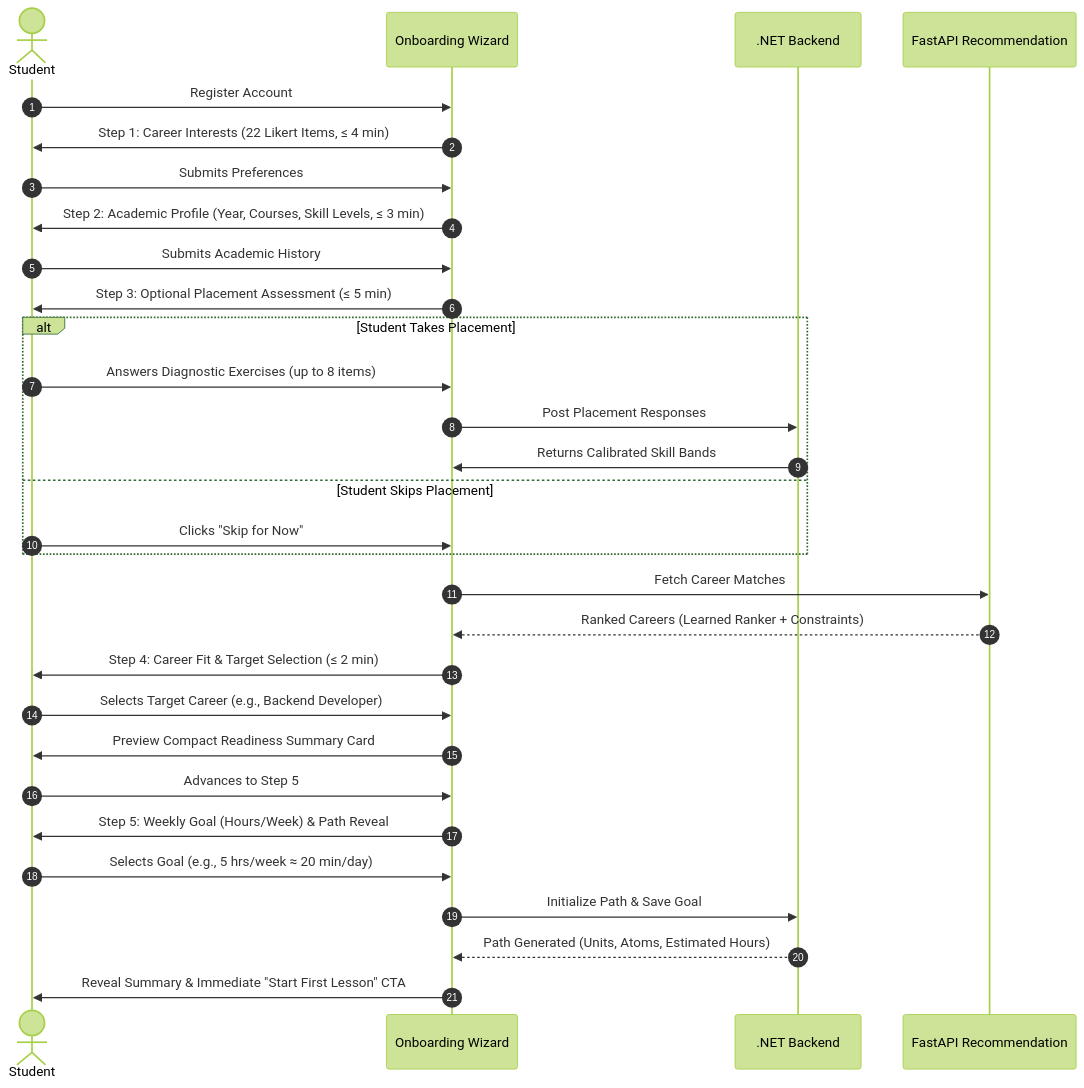
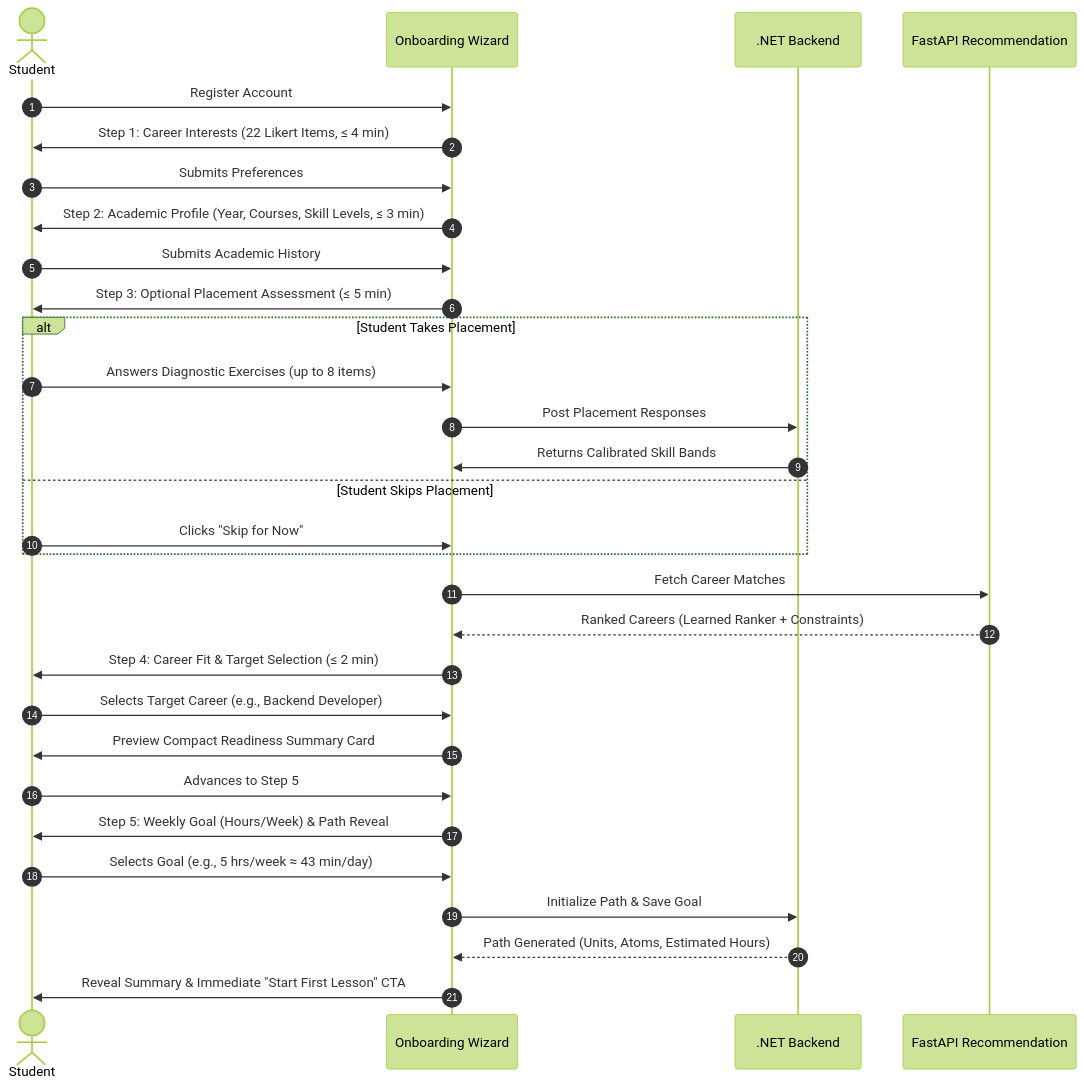
The second of 2 diagrams in docs/13-learning-experience.md (Masar-SCU/Masar), drawn with Mermaid (forest theme) before and after one commit. The commit also changed other lines of this file and 11 other files, not shown here.

````diff
--- a/docs/13-learning-experience.md
+++ b/docs/13-learning-experience.md
@@ -188,33 +188,33 @@
 ```mermaid
 sequenceDiagram
     autonumber
     actor S as Student
     participant UI as Onboarding Wizard
     participant API as .NET Backend
     participant AI as FastAPI Recommendation
     
     S->>UI: Register Account
     UI->>S: Step 1: Career Interests (22 Likert Items, ≤ 4 min)
     S->>UI: Submits Preferences
     UI->>S: Step 2: Academic Profile (Year, Courses, Skill Levels, ≤ 3 min)
     S->>UI: Submits Academic History
     UI->>S: Step 3: Optional Placement Assessment (≤ 5 min)
     alt Student Takes Placement
         S->>UI: Answers Diagnostic Exercises (up to 8 items)
         UI->>API: Post Placement Responses
         API->>UI: Returns Calibrated Skill Bands
     else Student Skips Placement
         S->>UI: Clicks "Skip for Now"
     end
     UI->>AI: Fetch Career Matches
     AI-->>UI: Ranked Careers (Learned Ranker + Constraints)
     UI->>S: Step 4: Career Fit & Target Selection (≤ 2 min)
     S->>UI: Selects Target Career (e.g., Backend Developer)
     UI->>S: Preview Compact Readiness Summary Card
     S->>UI: Advances to Step 5
     UI->>S: Step 5: Weekly Goal (Hours/Week) & Path Reveal
-    S->>UI: Selects Goal (e.g., 5 hrs/week ≈ 20 min/day)
+    S->>UI: Selects Goal (e.g., 5 hrs/week ≈ 43 min/day)
     UI->>API: Initialize Path & Save Goal
     API-->>UI: Path Generated (Units, Atoms, Estimated Hours)
     UI->>S: Reveal Summary & Immediate "Start First Lesson" CTA
 ```
````
